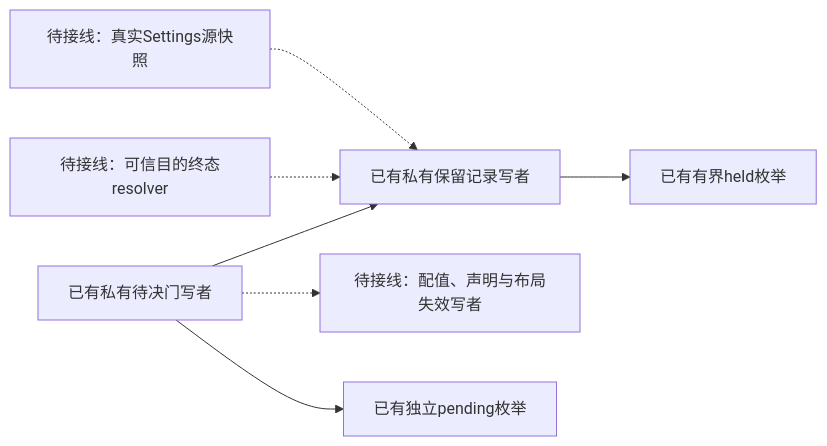
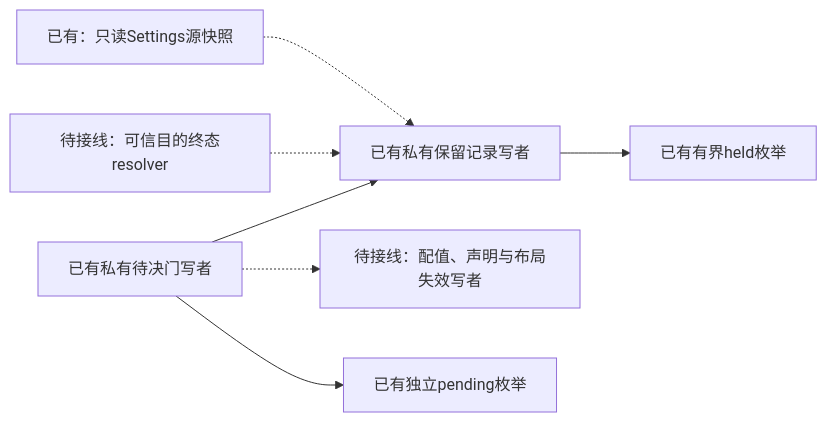
One commit to nemori-ai/omne-harness-lite changed the eighth of 9 diagrams in packages/assets/settings-local/docs/architecture.md. Above: the diagram before and after it, drawn with Mermaid. The commit also changed other lines of this file and 12 other files, not shown here.

````diff
--- a/packages/assets/settings-local/docs/architecture.md
+++ b/packages/assets/settings-local/docs/architecture.md
@@ -261,9 +261,9 @@
 ```mermaid
 flowchart LR
-  Snapshot[待接线：真实Settings源快照] -.-> Holds[已有私有保留记录写者]
+  Snapshot[已有：只读Settings源快照] -.-> Holds[已有私有保留记录写者]
   Gate[已有私有待决门写者] --> Holds
   Gate -.-> Writers[待接线：配值、声明与布局失效写者]
   Resolver[待接线：可信目的终态resolver] -.-> Holds
   Holds --> Recovery[已有有界held枚举]
   Gate --> Pending[已有独立pending枚举]
 ```
````
